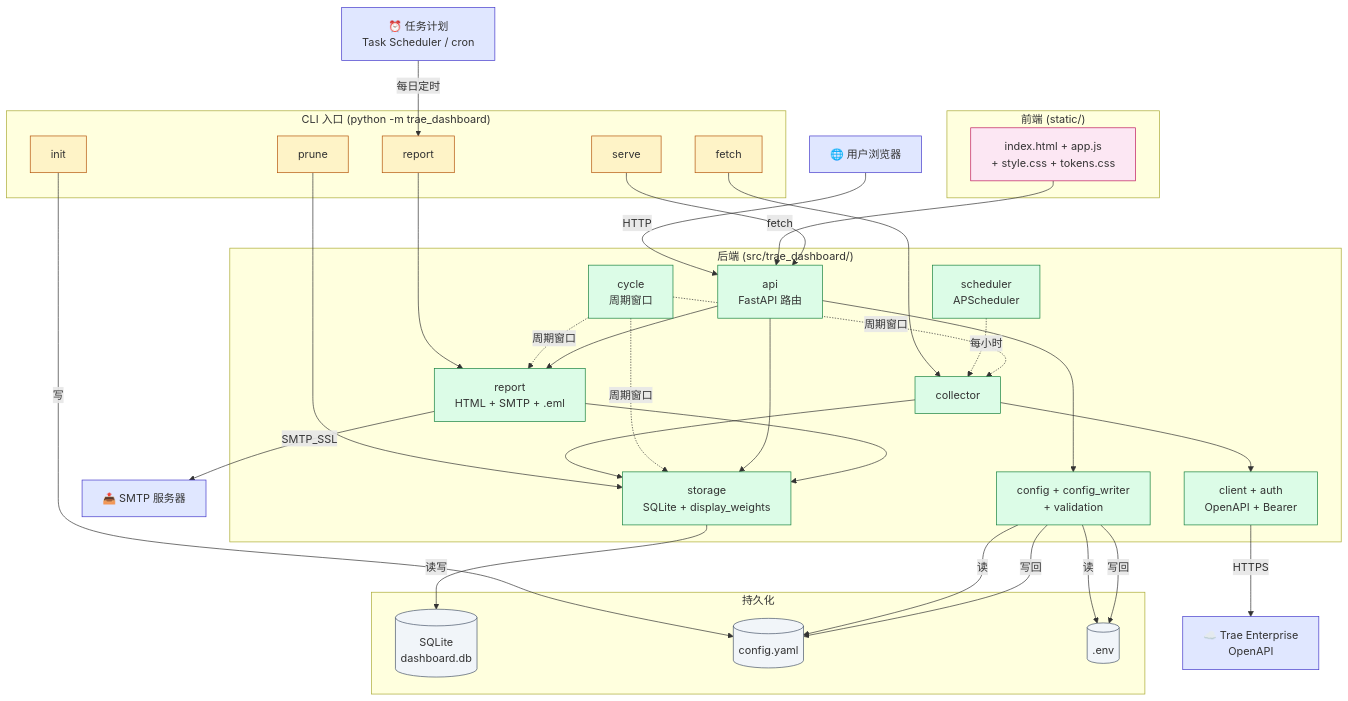
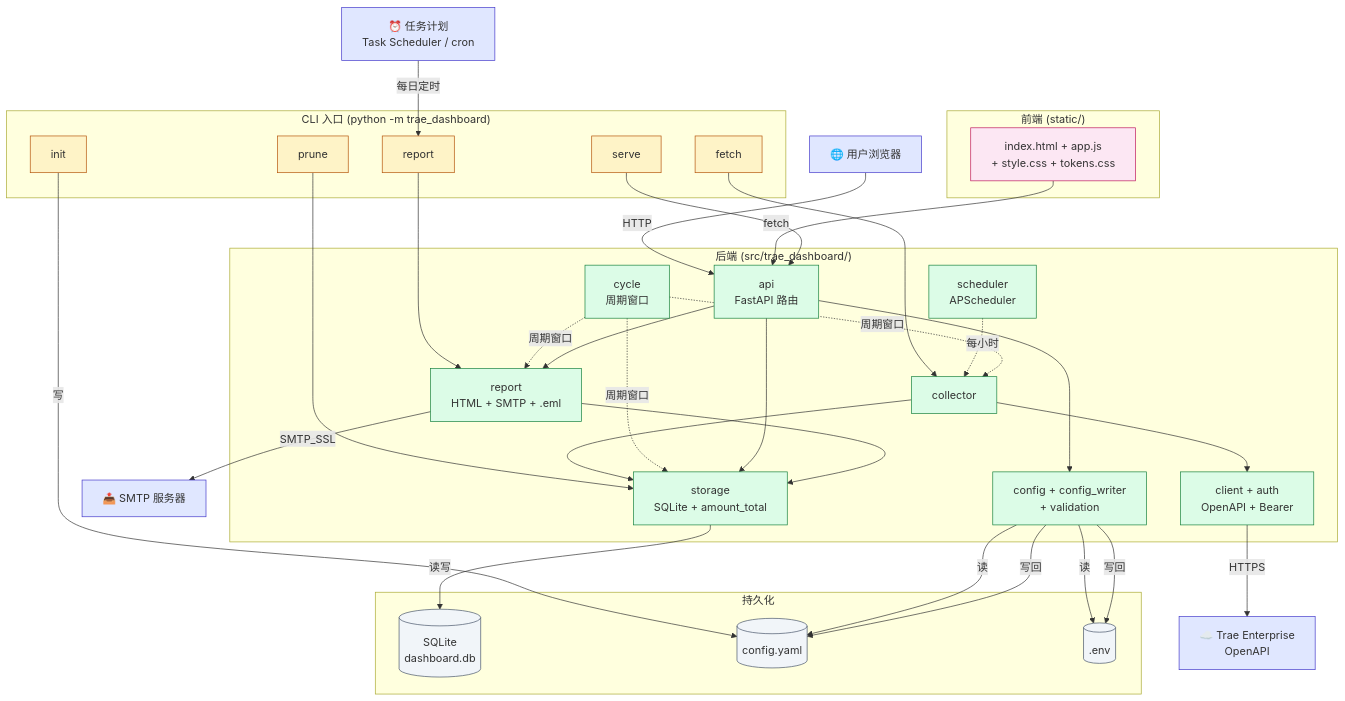
Before and after one commit to golf-r/traeDashboard: the diagram in README.md, drawn with Mermaid. The commit also changed other lines of this file, not shown here.

Commit message:
docs(readme): sync CNY amount-based quota, promote Docker one-click quick start

````diff
--- a/README.md
+++ b/README.md
@@ -230,79 +267,79 @@
 ```mermaid
 flowchart TB
     User["🌐 用户浏览器"]
     SchedExt["⏰ 任务计划<br/>Task Scheduler / cron"]
     TraeAPI["☁️ Trae Enterprise<br/>OpenAPI"]
     SMTP["📤 SMTP 服务器"]
 
     subgraph CLI["CLI 入口 (python -m trae_dashboard)"]
         CmdInit["init"]
         CmdFetch["fetch"]
         CmdServe["serve"]
         CmdPrune["prune"]
         CmdReport["report"]
     end
 
     subgraph Backend["后端 (src/trae_dashboard/)"]
         Config["config + config_writer<br/>+ validation"]
         Cycle["cycle<br/>周期窗口"]
         Client["client + auth<br/>OpenAPI + Bearer"]
         Collector["collector"]
-        Storage["storage<br/>SQLite + display_weights"]
+        Storage["storage<br/>SQLite + amount_total"]
         Sched["scheduler<br/>APScheduler"]
         Report["report<br/>HTML + SMTP + .eml"]
         API["api<br/>FastAPI 路由"]
     end
 
     subgraph Frontend["前端 (static/)"]
         UI["index.html + app.js<br/>+ style.css + tokens.css"]
     end
 
     subgraph Persist["持久化"]
         DB[("SQLite<br/>dashboard.db")]
         Yaml[("config.yaml")]
         Env[(".env")]
     end
 
     User -- HTTP --> API
     UI -- fetch --> API
 
     SchedExt -- 每日定时 --> CmdReport
     CmdInit -- 写 --> Yaml
     CmdServe --> API
     CmdFetch --> Collector
     CmdPrune --> Storage
     CmdReport --> Report
 
     Collector --> Client
     Collector --> Storage
     Client -- HTTPS --> TraeAPI
     Sched -. 每小时 .-> Collector
     Cycle -. 周期窗口 .-> Collector
     Cycle -. 周期窗口 .-> Storage
     Cycle -. 周期窗口 .-> Report
 
     API --> Storage
     API --> Config
     API --> Report
 
     Config -- 读 --> Yaml
     Config -- 读 --> Env
     Config -- 写回 --> Yaml
     Config -- 写回 --> Env
 
     Report -- SMTP_SSL --> SMTP
     Report --> Storage
     Storage -- 读写 --> DB
 
     classDef ext fill:#e0e7ff,stroke:#4338ca
     classDef cli fill:#fef3c7,stroke:#b45309
     classDef backend fill:#dcfce7,stroke:#15803d
     classDef frontend fill:#fce7f3,stroke:#be185d
     classDef store fill:#f1f5f9,stroke:#475569
 
     class User,SchedExt,TraeAPI,SMTP ext
     class CmdInit,CmdFetch,CmdServe,CmdPrune,CmdReport cli
     class Config,Cycle,Client,Collector,Storage,Sched,Report,API backend
     class UI frontend
     class DB,Yaml,Env store
 ```
````
